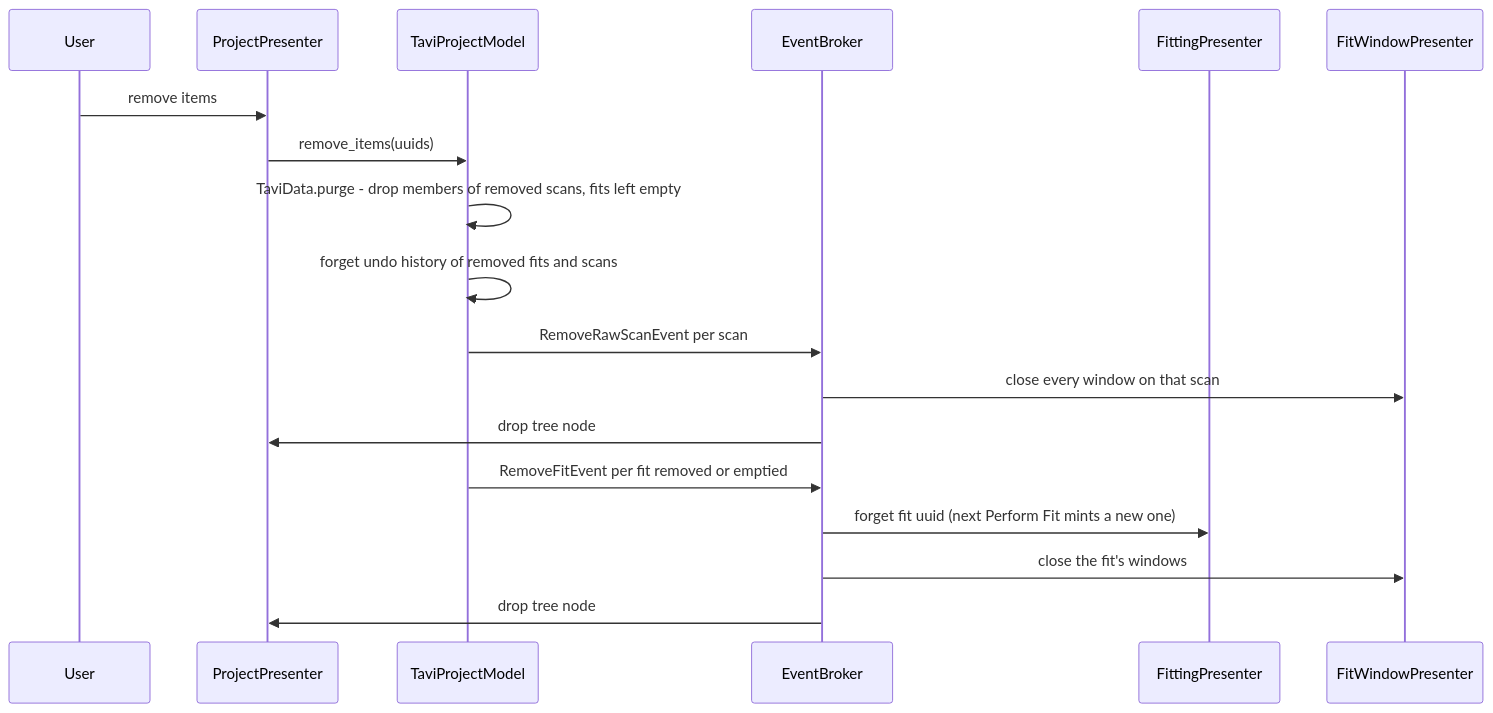
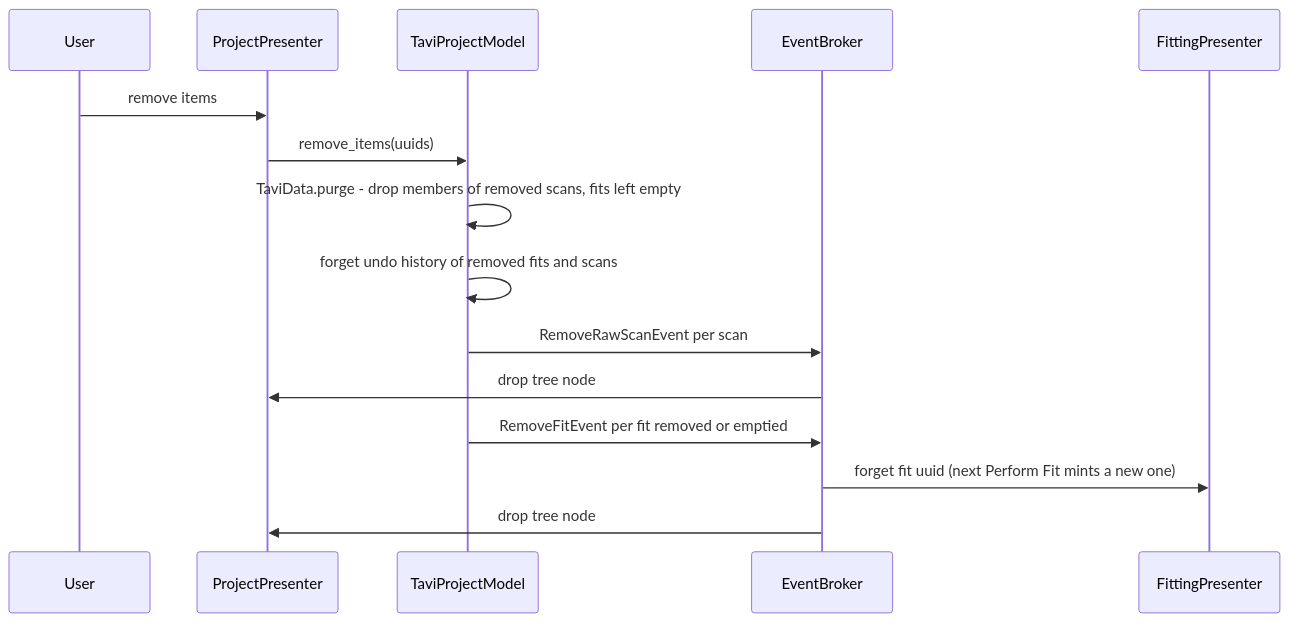
One commit to neutrons/TAVI changed the eighth of 8 diagrams in docs/source/design/frontend/fit_data_model.rst. Above: the diagram before and after it, drawn with Mermaid. The commit also changed other lines of this file and 20 other files, not shown here.

```diff
--- a/docs/source/design/frontend/fit_data_model.rst
+++ b/docs/source/design/frontend/fit_data_model.rst
@@ -522,21 +576,21 @@
 .. mermaid::
 
     sequenceDiagram
         participant User
         participant ProjectPresenter
         participant TaviProjectModel
         participant EventBroker
         participant FittingPresenter
-        participant FitWindowPresenter
+        %% Deprecated: participant FitWindowPresenter
 
         User ->> ProjectPresenter: remove items
         ProjectPresenter ->> TaviProjectModel: remove_items(uuids)
         TaviProjectModel ->> TaviProjectModel: TaviData.purge - drop members of removed scans, fits left empty
         TaviProjectModel ->> TaviProjectModel: forget undo history of removed fits and scans
         TaviProjectModel ->> EventBroker: RemoveRawScanEvent per scan
-        EventBroker ->> FitWindowPresenter: close every window on that scan
+        %% Deprecated: EventBroker ->> FitWindowPresenter: close every window on that scan
         EventBroker ->> ProjectPresenter: drop tree node
         TaviProjectModel ->> EventBroker: RemoveFitEvent per fit removed or emptied
         EventBroker ->> FittingPresenter: forget fit uuid (next Perform Fit mints a new one)
-        EventBroker ->> FitWindowPresenter: close the fit's windows
+        %% Deprecated: EventBroker ->> FitWindowPresenter: close the fit's windows
         EventBroker ->> ProjectPresenter: drop tree node
```
